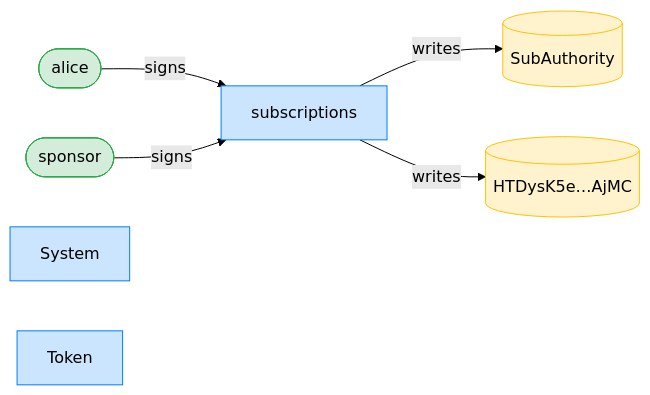
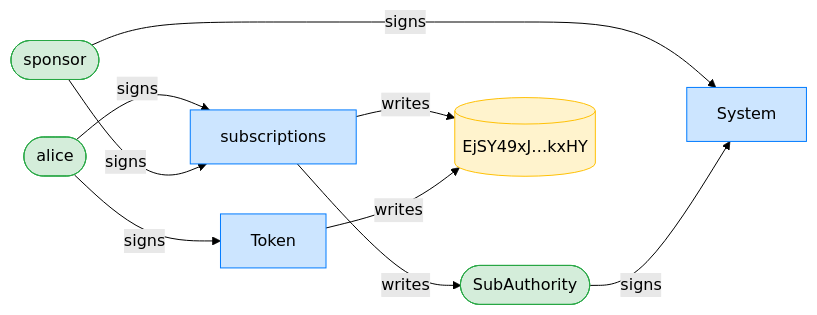
Before and after one commit to cds-rs/subscriptions: the third of 8 diagrams in dsl_tests/idempotent-init-preserves-the-original-payer.md, drawn with Mermaid (forest theme). The commit also changed other lines of this file and 224 other files, not shown here.

````diff
--- a/dsl_tests/idempotent-init-preserves-the-original-payer.md
+++ b/dsl_tests/idempotent-init-preserves-the-original-payer.md
@@ -56,17 +57,21 @@
 ```mermaid
 flowchart LR
     classDef signer fill:#d4edda,stroke:#28a745;
     classDef program fill:#cce5ff,stroke:#007bff;
     classDef writable fill:#fff3cd,stroke:#ffc107;
     subscriptions[subscriptions]:::program
     alice([alice]):::signer
-    SubAuthority[(SubAuthority)]:::writable
-    HTDysK5e_AjMC[("HTDysK5e…AjMC")]:::writable
+    SubAuthority([SubAuthority]):::signer
+    EjSY49xJ_kxHY[("EjSY49xJ…kxHY")]:::writable
     sponsor([sponsor]):::signer
     System[System]:::program
     Token[Token]:::program
     alice -->|signs| subscriptions
     sponsor -->|signs| subscriptions
+    sponsor -->|signs| System
+    SubAuthority -->|signs| System
+    alice -->|signs| Token
     subscriptions -->|writes| SubAuthority
-    subscriptions -->|writes| HTDysK5e_AjMC
+    subscriptions -->|writes| EjSY49xJ_kxHY
+    Token -->|writes| EjSY49xJ_kxHY
 ```
````
